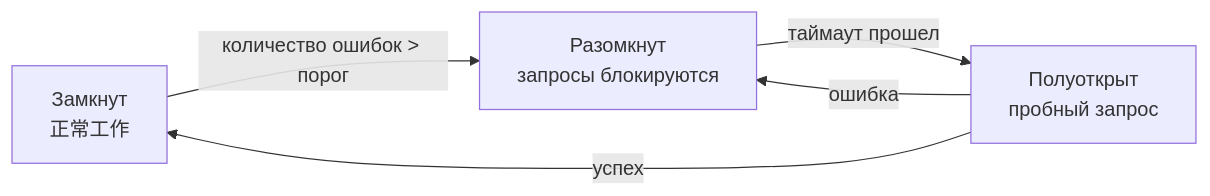
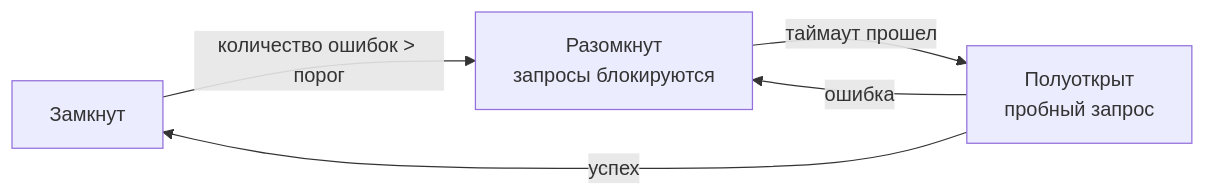
One commit to neo5oo/analyst-kb changed the third of 7 diagrams in content/architecture-and-design/architectural-patterns/circuit-breaker.md. Above: the diagram before and after it, drawn with Mermaid. The commit also changed 8 other files, not shown here.

````diff
--- a/content/architecture-and-design/architectural-patterns/circuit-breaker.md
+++ b/content/architecture-and-design/architectural-patterns/circuit-breaker.md
@@ -87,7 +87,7 @@
 ```mermaid
 graph LR
-    Closed[Замкнут<br/>正常工作] -->|количество ошибок > порог| Open[Разомкнут<br/>запросы блокируются]
+    Closed[Замкнут<br/>] -->|количество ошибок > порог| Open[Разомкнут<br/>запросы блокируются]
     Open -->|таймаут прошел| HalfOpen[Полуоткрыт<br/>пробный запрос]
     HalfOpen -->|успех| Closed
     HalfOpen -->|ошибка| Open
 ```
````
